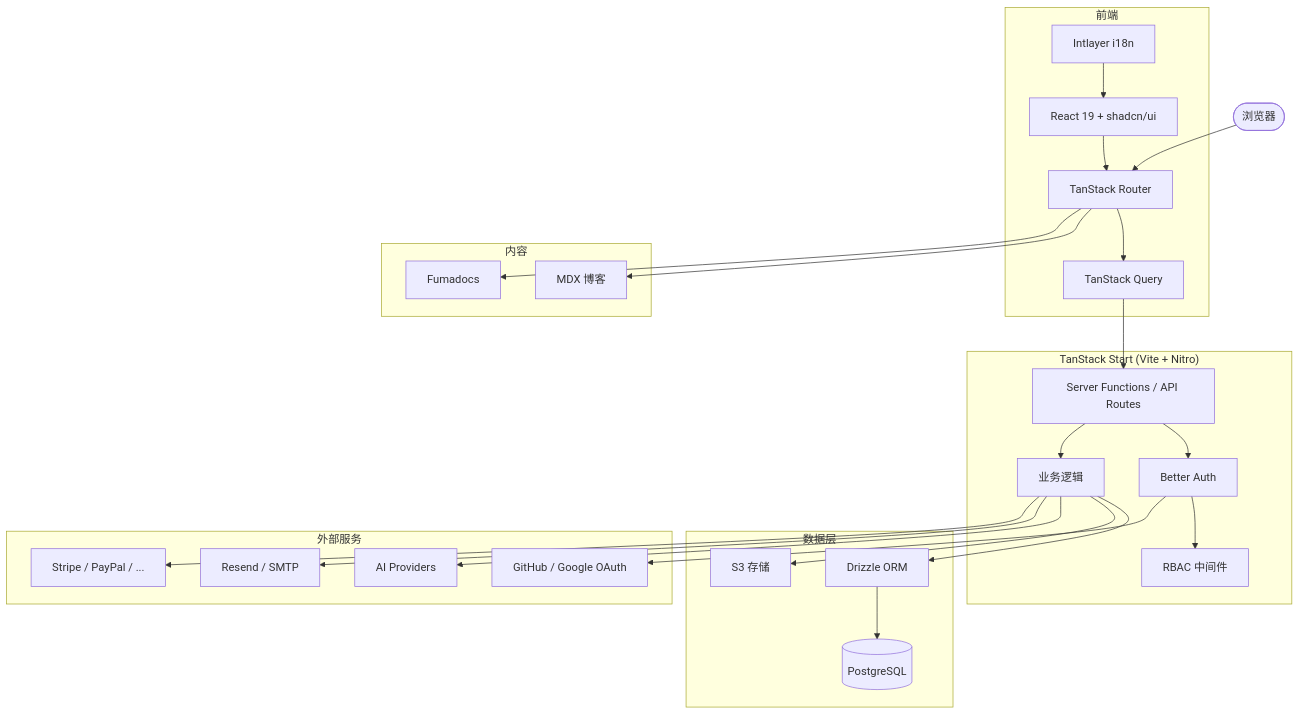
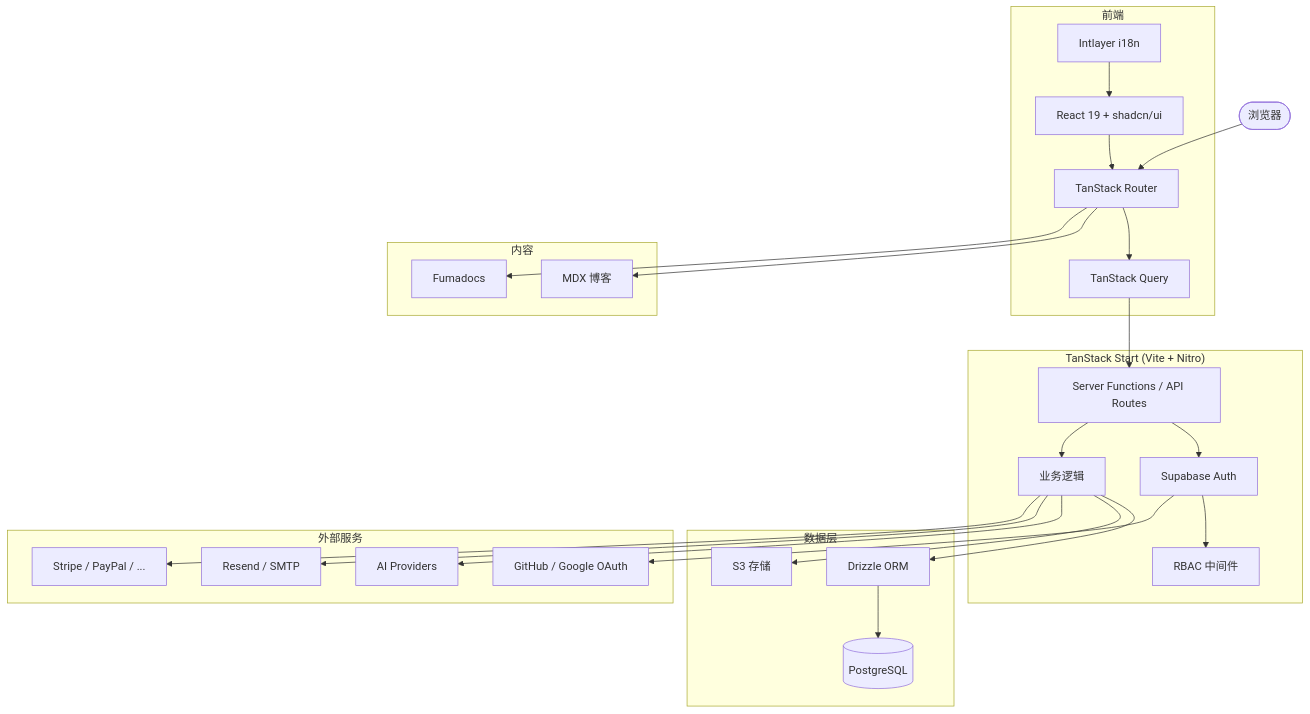
One commit to Joe666Liu/ask-xuan changed the diagram in README.zh-CN.md. Above: the diagram before and after it, drawn with Mermaid. The commit also changed other lines of this file and 70 other files, not shown here.

Commit message:
chore: migrate auth to Supabase

````diff
--- a/README.zh-CN.md
+++ b/README.zh-CN.md
@@ -97,54 +97,54 @@
 ```mermaid
 graph TB
     Client([浏览器])
 
     subgraph Frontend[前端]
         Router[TanStack Router]
         Query[TanStack Query]
         UI[React 19 + shadcn/ui]
         I18n[Intlayer i18n]
     end
 
     subgraph Backend["TanStack Start (Vite + Nitro)"]
         API[Server Functions / API Routes]
-        Auth[Better Auth]
+        Auth[Supabase Auth]
         Services[业务逻辑]
         RBAC[RBAC 中间件]
     end
 
     subgraph Data[数据层]
         DB[(PostgreSQL)]
         ORM[Drizzle ORM]
         S3[S3 存储]
     end
 
     subgraph Content[内容]
         MDX[MDX 博客]
         Docs[Fumadocs]
     end
 
     subgraph External[外部服务]
         AI[AI Providers]
         Email[Resend / SMTP]
         OAuth[GitHub / Google OAuth]
         Pay[Stripe / PayPal / ...]
     end
 
     Client --> Router
     Router --> Query
     Query --> API
     UI --> Router
     I18n --> UI
     API --> Auth
     API --> Services
     Auth --> RBAC
     Auth --> OAuth
     Services --> ORM
     ORM --> DB
     Services --> S3
     Services --> AI
     Services --> Email
     Services --> Pay
     Router --> MDX
     Router --> Docs
 ```
````
